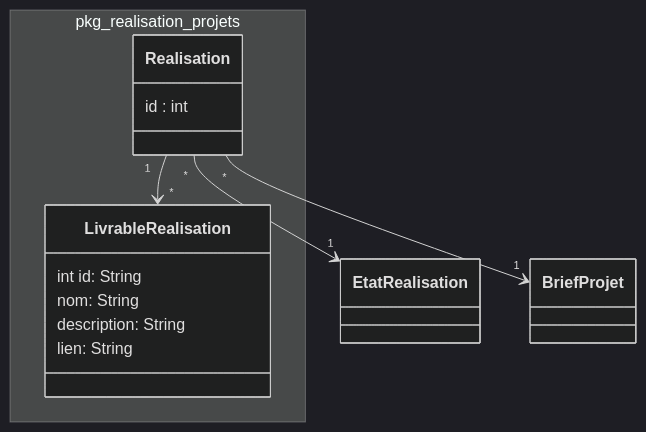
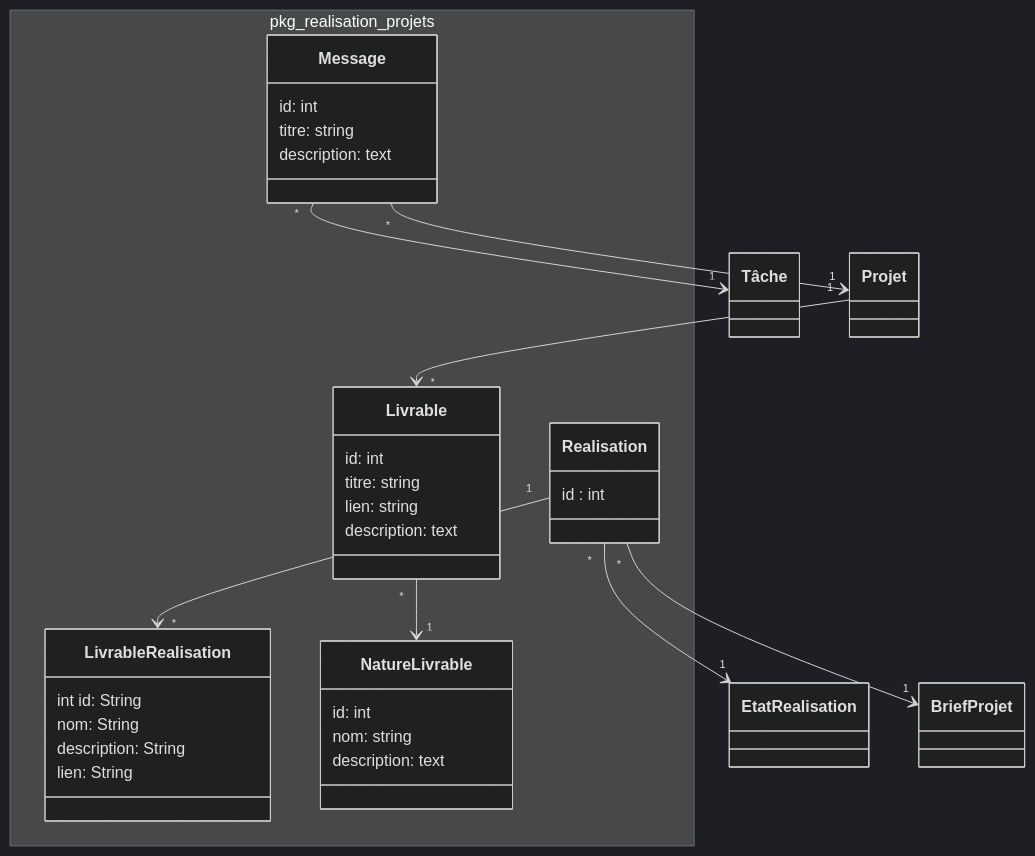
Before and after one commit to solicoders/soli-lms: the diagram in modélisation/pkg_realisation_projets/classes_pkg_realisation_projets.mmd, drawn with Mermaid (dark theme). The commit also changed 76 other files, not shown here.

```diff
--- a/modélisation/pkg_realisation_projets/classes_pkg_realisation_projets.mmd
+++ b/modélisation/pkg_realisation_projets/classes_pkg_realisation_projets.mmd
@@ -1,19 +1,43 @@
 classDiagram
 
 namespace pkg_realisation_projets {
 
 class Realisation {
   id : int
 }
 class LivrableRealisation {
     int id: String 
     nom: String 
     description: String 
     lien: String 
 }
 
+ class Livrable {
+    id: int
+    titre: string
+    lien: string
+    description: text
+  }
+
+   class NatureLivrable {
+    id: int
+    nom: string
+    description: text
+  }
+
+  class Message {
+    id: int
+    titre: string
+    description: text
+  }
+
 }
 
 Realisation "*" --> "1" EtatRealisation
 Realisation "1" --> "*" LivrableRealisation
 Realisation "*" --> "1" BriefProjet
+
+Projet "1" --> "*" Livrable
+Livrable "*" --> "1" NatureLivrable
+Message "*"--> "1" Tâche
+Message "*"--> "1" Projet
```
